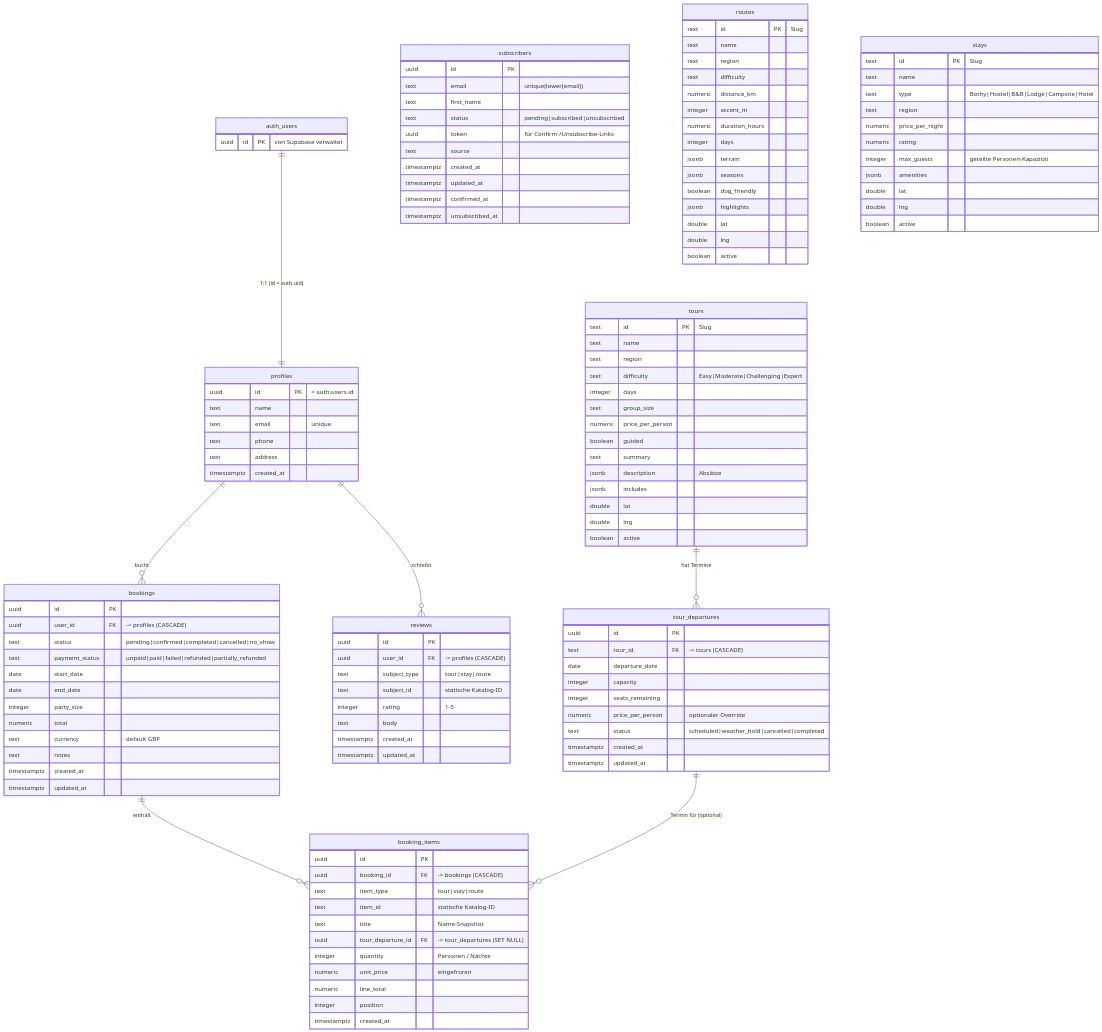
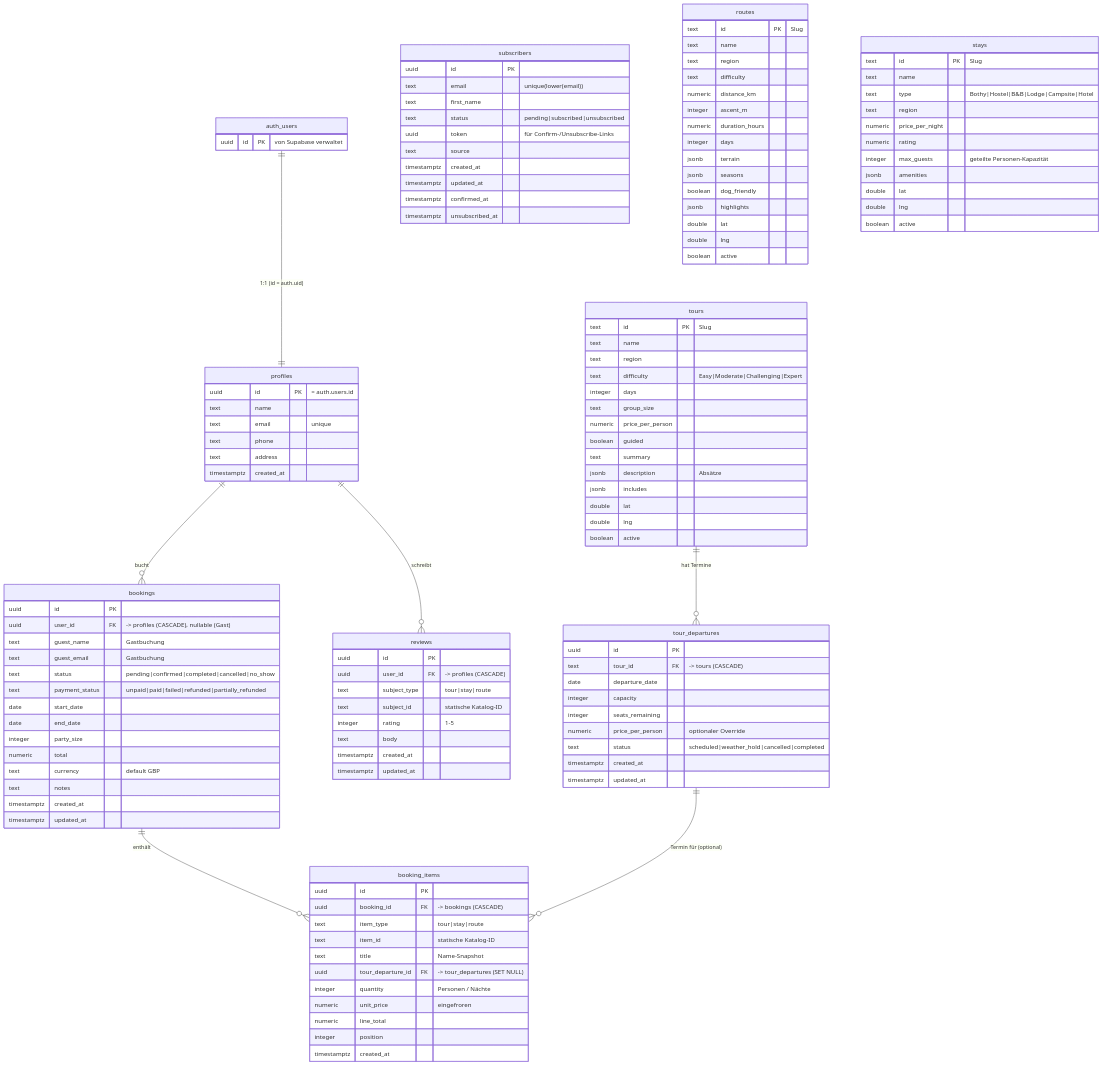
The diagram in supabase/README.md (RockyourStudium/HIKE_SCOTLAND), drawn with Mermaid before and after one commit. The commit also changed other lines of this file, not shown here.

```diff
--- a/supabase/README.md
+++ b/supabase/README.md
@@ -49,7 +49,9 @@
 
     bookings {
         uuid          id             PK
-        uuid          user_id        FK "-> profiles (CASCADE)"
+        uuid          user_id        FK "-> profiles (CASCADE), nullable (Gast)"
+        text          guest_name     "Gastbuchung"
+        text          guest_email    "Gastbuchung"
         text          status         "pending|confirmed|completed|cancelled|no_show"
         text          payment_status "unpaid|paid|failed|refunded|partially_refunded"
         date          start_date
```
